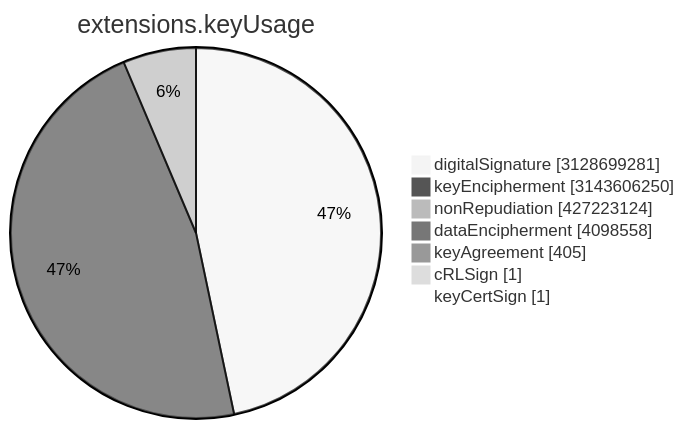
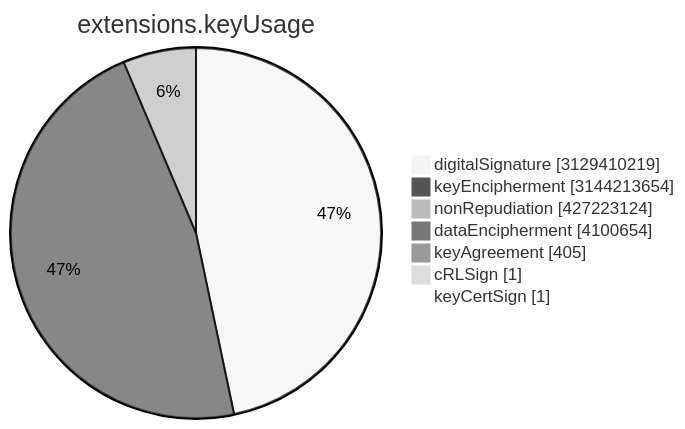
Before and after one commit to christiankrug/ctmonitor_visualization: the sixth of 15 diagrams in TOTAL/README.md, drawn with Mermaid (neutral theme). The commit also changed other lines of this file, not shown here.

````diff
--- a/TOTAL/README.md
+++ b/TOTAL/README.md
@@ -3077,11 +3077,11 @@
 ```mermaid
 pie showData
 title extensions.keyUsage
-"digitalSignature" :3128699281
-"keyEncipherment" :3143606250
+"digitalSignature" :3129410219
+"keyEncipherment" :3144213654
 "nonRepudiation" :427223124
-"dataEncipherment" :4098558
+"dataEncipherment" :4100654
 "keyAgreement" :405
 "cRLSign" :1
 "keyCertSign" :1
 ```
````
